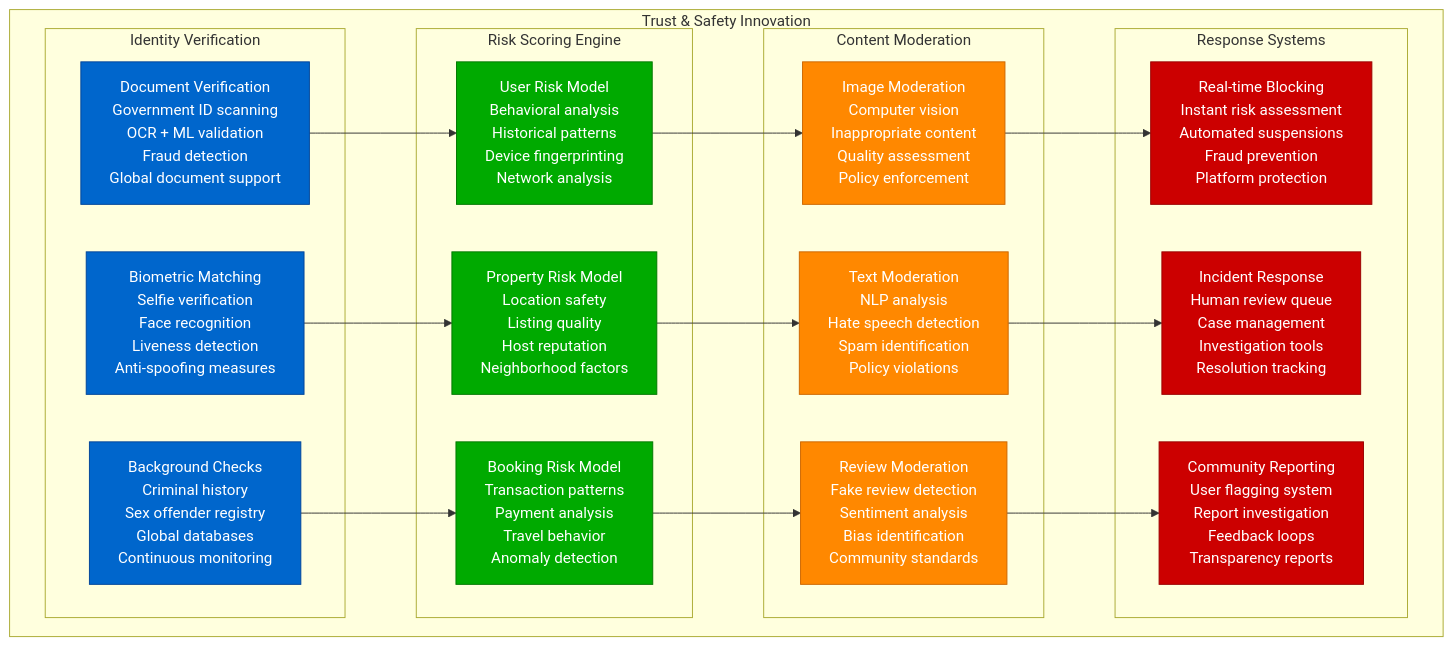
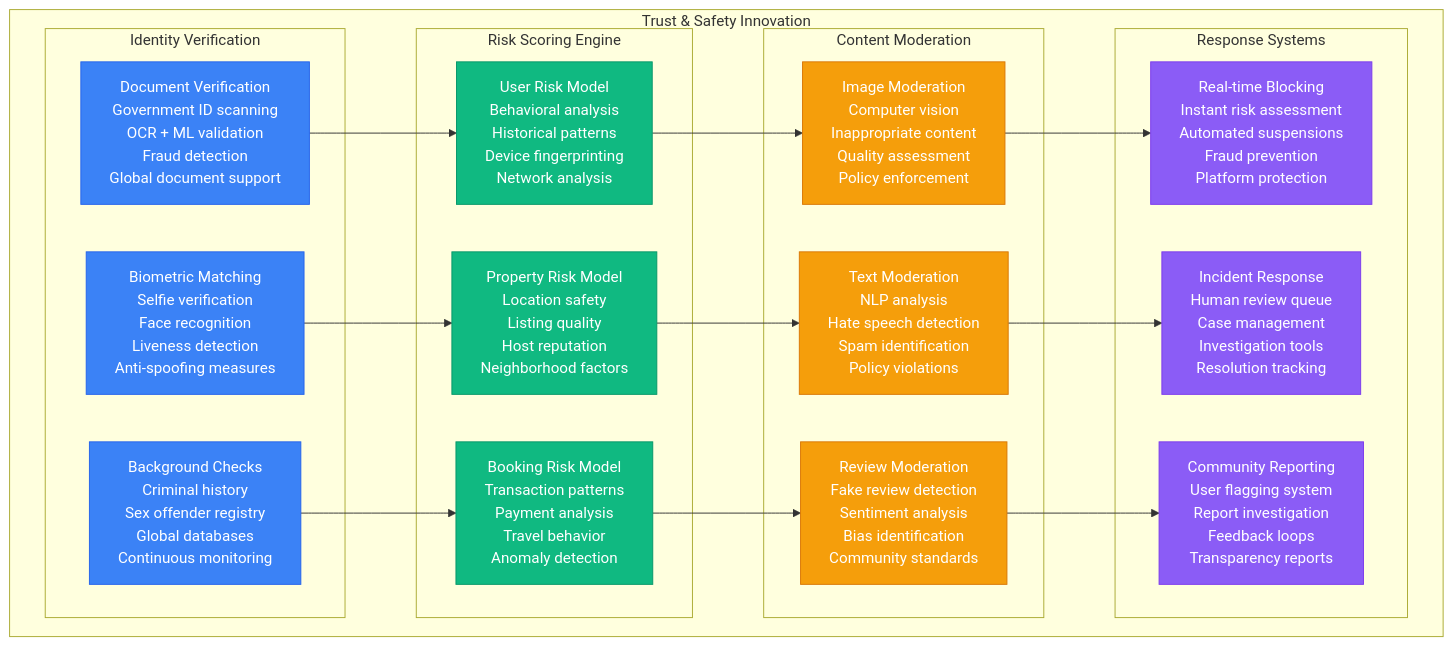
One commit to deepaucksharma/DS changed the fifth of 5 diagrams in site/docs/systems/airbnb/novel-solutions.md. Above: the diagram before and after it, drawn with Mermaid. The commit also changed other lines of this file and 303 other files, not shown here.

````diff
--- a/site/docs/systems/airbnb/novel-solutions.md
+++ b/site/docs/systems/airbnb/novel-solutions.md
@@ -319,58 +319,58 @@
 ```mermaid
 graph TB
     subgraph TrustSafetySystem[Trust & Safety Innovation]
         subgraph IdentityVerification[Identity Verification]
             DocumentVerification[Document Verification<br/>Government ID scanning<br/>OCR + ML validation<br/>Fraud detection<br/>Global document support]
 
             BiometricMatching[Biometric Matching<br/>Selfie verification<br/>Face recognition<br/>Liveness detection<br/>Anti-spoofing measures]
 
             BackgroundChecks[Background Checks<br/>Criminal history<br/>Sex offender registry<br/>Global databases<br/>Continuous monitoring]
         end
 
         subgraph RiskScoring[Risk Scoring Engine]
             UserRiskModel[User Risk Model<br/>Behavioral analysis<br/>Historical patterns<br/>Device fingerprinting<br/>Network analysis]
 
             PropertyRiskModel[Property Risk Model<br/>Location safety<br/>Listing quality<br/>Host reputation<br/>Neighborhood factors]
 
             BookingRiskModel[Booking Risk Model<br/>Transaction patterns<br/>Payment analysis<br/>Travel behavior<br/>Anomaly detection]
         end
 
         subgraph ContentModeration[Content Moderation]
             ImageModeration[Image Moderation<br/>Computer vision<br/>Inappropriate content<br/>Quality assessment<br/>Policy enforcement]
 
             TextModeration[Text Moderation<br/>NLP analysis<br/>Hate speech detection<br/>Spam identification<br/>Policy violations]
 
             ReviewModeration[Review Moderation<br/>Fake review detection<br/>Sentiment analysis<br/>Bias identification<br/>Community standards]
         end
 
         subgraph ResponseSystems[Response Systems]
             RealTimeBlocking[Real-time Blocking<br/>Instant risk assessment<br/>Automated suspensions<br/>Fraud prevention<br/>Platform protection]
 
             IncidentResponse[Incident Response<br/>Human review queue<br/>Case management<br/>Investigation tools<br/>Resolution tracking]
 
             CommunityReporting[Community Reporting<br/>User flagging system<br/>Report investigation<br/>Feedback loops<br/>Transparency reports]
         end
     end
 
     DocumentVerification --> UserRiskModel
     BiometricMatching --> PropertyRiskModel
     BackgroundChecks --> BookingRiskModel
 
     UserRiskModel --> ImageModeration
     PropertyRiskModel --> TextModeration
     BookingRiskModel --> ReviewModeration
 
     ImageModeration --> RealTimeBlocking
     TextModeration --> IncidentResponse
     ReviewModeration --> CommunityReporting
 
-    classDef identityStyle fill:#0066CC,stroke:#004499,color:#fff
-    classDef riskStyle fill:#00AA00,stroke:#007700,color:#fff
-    classDef moderationStyle fill:#FF8800,stroke:#CC6600,color:#fff
-    classDef responseStyle fill:#CC0000,stroke:#990000,color:#fff
+    classDef identityStyle fill:#3B82F6,stroke:#2563EB,color:#fff
+    classDef riskStyle fill:#10B981,stroke:#059669,color:#fff
+    classDef moderationStyle fill:#F59E0B,stroke:#D97706,color:#fff
+    classDef responseStyle fill:#8B5CF6,stroke:#7C3AED,color:#fff
 
     class DocumentVerification,BiometricMatching,BackgroundChecks identityStyle
     class UserRiskModel,PropertyRiskModel,BookingRiskModel riskStyle
     class ImageModeration,TextModeration,ReviewModeration moderationStyle
     class RealTimeBlocking,IncidentResponse,CommunityReporting responseStyle
 ```
````
